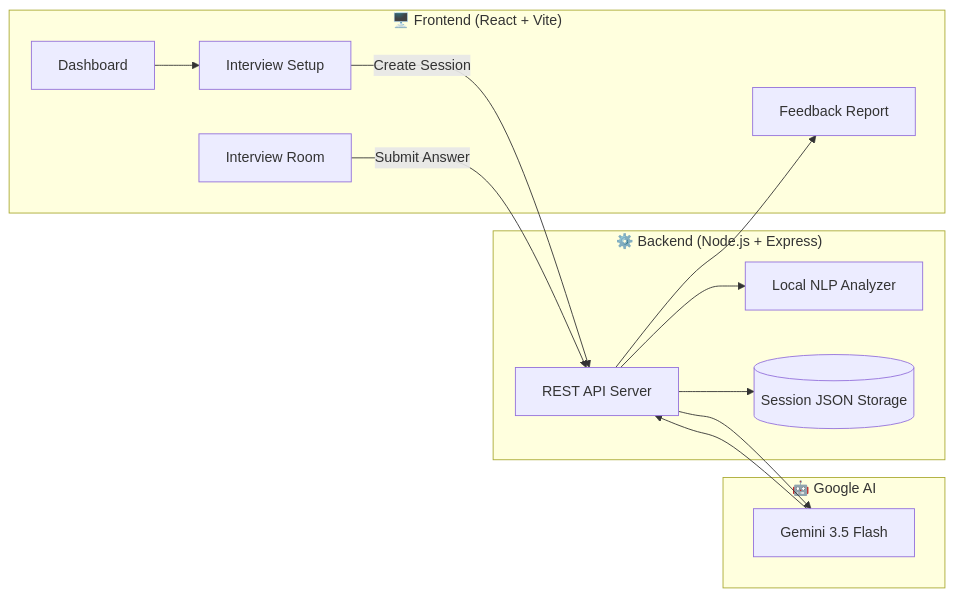
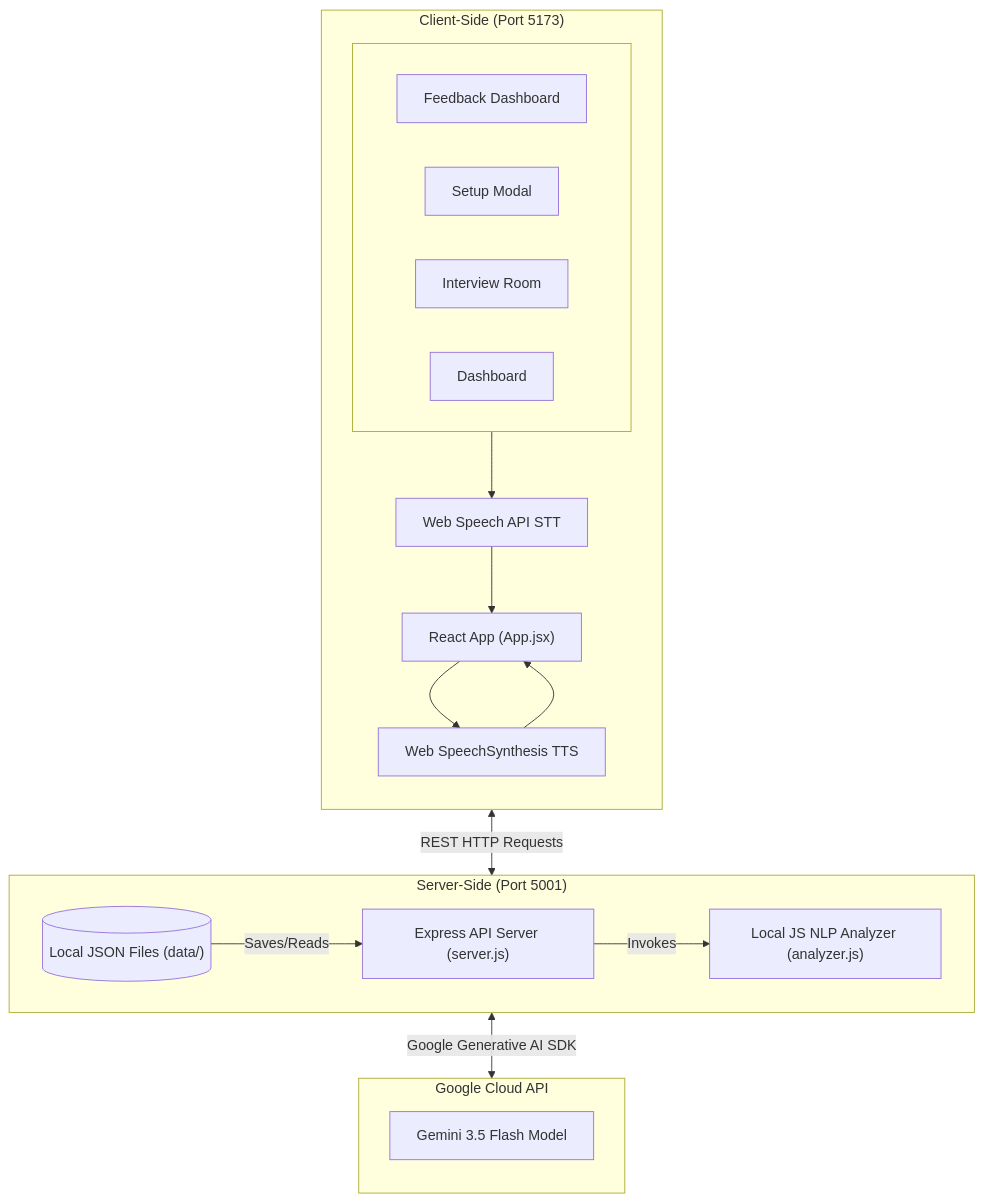
Before and after one commit to shivapoloju/AI-Interview-Preparation-Assistant: the diagram in README.md, drawn with Mermaid.

````diff
--- a/README.md
+++ b/README.md
@@ -11,29 +11,58 @@
 ```mermaid
-flowchart LR
+flowchart TB
 
-subgraph Client["🖥️ Frontend (React + Vite)"]
-    Dashboard["Dashboard"]
-    Setup["Interview Setup"]
-    Room["Interview Room"]
-    Report["Feedback Report"]
+%% ================= CLIENT =================
+subgraph CLIENT["Client-Side (Port 5173)"]
+
+direction TB
+
+subgraph UI[" "]
+direction LR
+FB["Feedback Dashboard"]
+SM["Setup Modal"]
+IR["Interview Room"]
+DB["Dashboard"]
 end
 
-subgraph Backend["⚙️ Backend (Node.js + Express)"]
-    API["REST API Server"]
-    NLP["Local NLP Analyzer"]
-    Storage[("Session JSON Storage")]
+STT["Web Speech API STT"]
+TTS["Web SpeechSynthesis TTS"]
+
+APP["React App (App.jsx)"]
+
+IR --> STT
+APP --> TTS
+
+STT --> APP
+TTS --> APP
+
 end
 
-subgraph AI["🤖 Google AI"]
-    Gemini["Gemini 3.5 Flash"]
+%% ================= SERVER =================
+subgraph SERVER["Server-Side (Port 5001)"]
+
+direction TB
+
+API["Express API Server (server.js)"]
+
+direction LR
+
+JSON[("Local JSON Files (data/)")]
+NLP["Local JS NLP Analyzer (analyzer.js)"]
+
+JSON -->|Saves/Reads| API
+API -->|Invokes| NLP
+
 end
 
-Dashboard --> Setup
-Setup -->|"Create Session"| API
-Room -->|"Submit Answer"| API
-API --> NLP
-API --> Storage
-API --> Gemini
-Gemini --> API
-API --> Report
+%% ================= GOOGLE =================
+subgraph GOOGLE["Google Cloud API"]
+
+direction TB
+
+GEMINI["Gemini 3.5 Flash Model"]
+
+end
+
+APP <-->|REST HTTP Requests| API
+API <-->|Google Generative AI SDK| GEMINI
 ```
````
